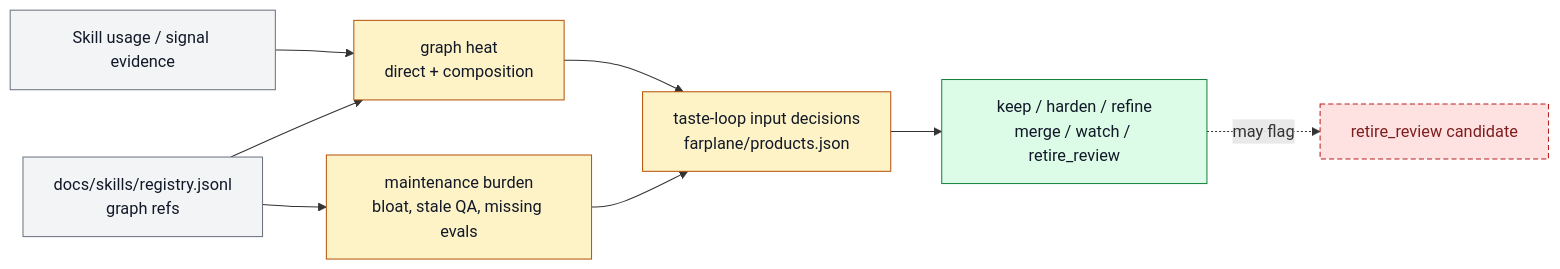
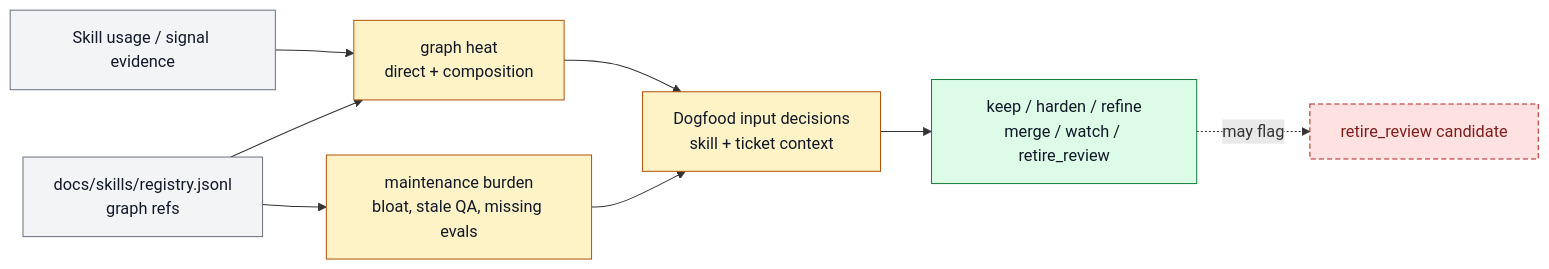
Before and after one commit to ZanarkandTechnologies/Farplane: the diagram in docs/features/FEAT-0064-skill-signals.md, drawn with Mermaid. The commit also changed other lines of this file and 84 other files, not shown here.

````diff
--- a/docs/features/FEAT-0064-skill-signals.md
+++ b/docs/features/FEAT-0064-skill-signals.md
@@ -138,23 +132,23 @@
 ```mermaid
 flowchart LR
   classDef keep fill:#f3f4f6,stroke:#6b7280,color:#111827
   classDef changed fill:#fef3c7,stroke:#b45309,color:#111827
   classDef added fill:#dcfce7,stroke:#15803d,color:#111827
   classDef retired fill:#fee2e2,stroke:#b91c1c,color:#7f1d1d,stroke-dasharray: 5 3
 
   usage["Skill usage / signal evidence"]:::keep
   registry["docs/skills/registry.jsonl<br/>graph refs"]:::keep
   heat["graph heat<br/>direct + composition"]:::changed
   burden["maintenance burden<br/>bloat, stale QA, missing evals"]:::changed
-  taste["taste-loop input decisions<br/>farplane/products.json"]:::changed
+  taste["Dogfood input decisions<br/>skill + ticket context"]:::changed
   decision["keep / harden / refine<br/>merge / watch / retire_review"]:::added
   retire["retire_review candidate"]:::retired
 
   usage --> heat
   registry --> heat
   registry --> burden
   heat --> taste
   burden --> taste
   taste --> decision
   decision -. may flag .-> retire
 ```
````
